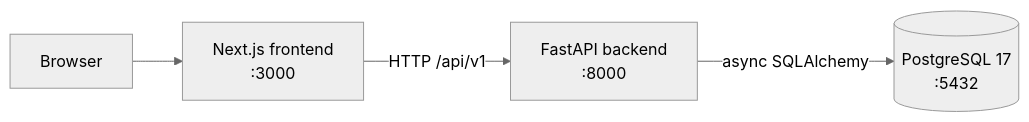
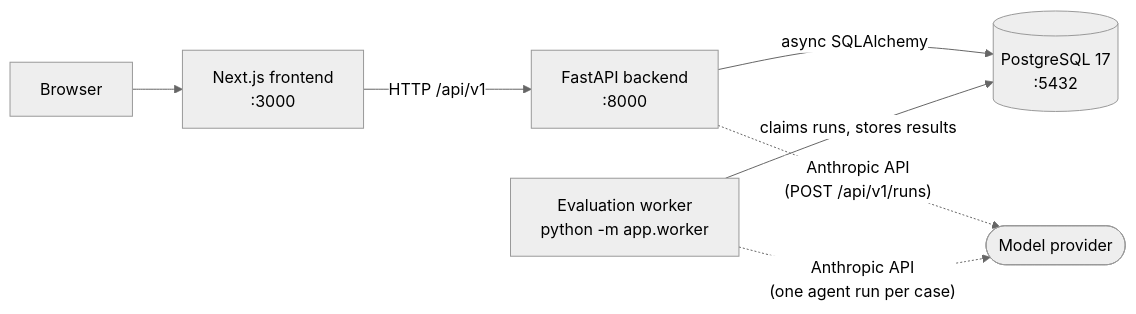
The first of 3 diagrams in docs/architecture.md (edward-sf/AgentOps), drawn with Mermaid (neutral theme) before and after one commit. The commit also changed other lines of this file and 1 other file, not shown here.

Commit message:
docs: document evaluation runs and make eval

````diff
--- a/docs/architecture.md
+++ b/docs/architecture.md
@@ -7,6 +7,9 @@
 ```mermaid
 flowchart LR
     Browser["Browser"] --> Web["Next.js frontend<br/>:3000"]
     Web -->|"HTTP /api/v1"| API["FastAPI backend<br/>:8000"]
     API -->|"async SQLAlchemy"| DB[("PostgreSQL 17<br/>:5432")]
+    Worker["Evaluation worker<br/>python -m app.worker"] -->|"claims runs, stores results"| DB
+    API -.->|"Anthropic API<br/>(POST /api/v1/runs)"| Model(["Model provider"])
+    Worker -.->|"Anthropic API<br/>(one agent run per case)"| Model
 ```
````
